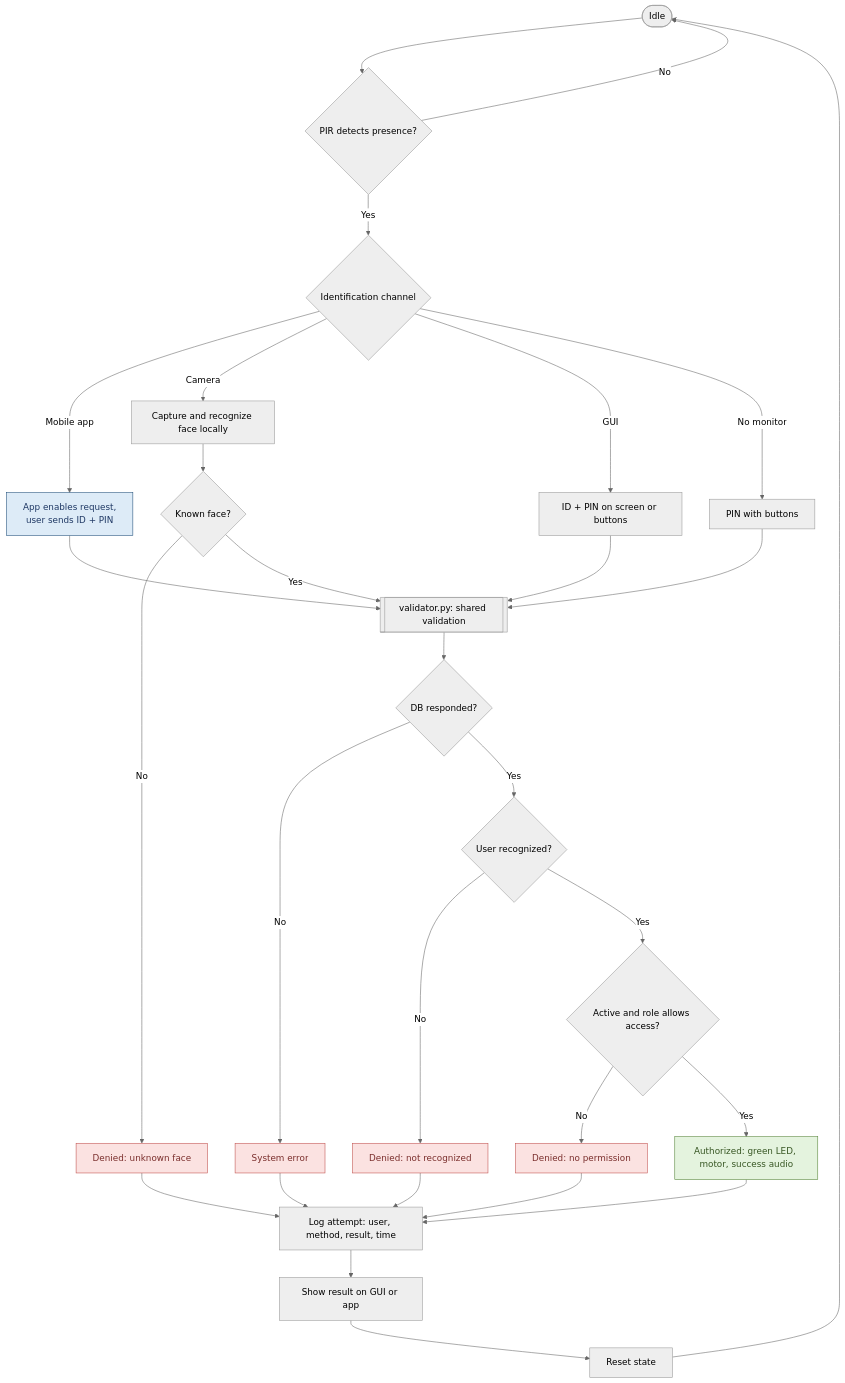
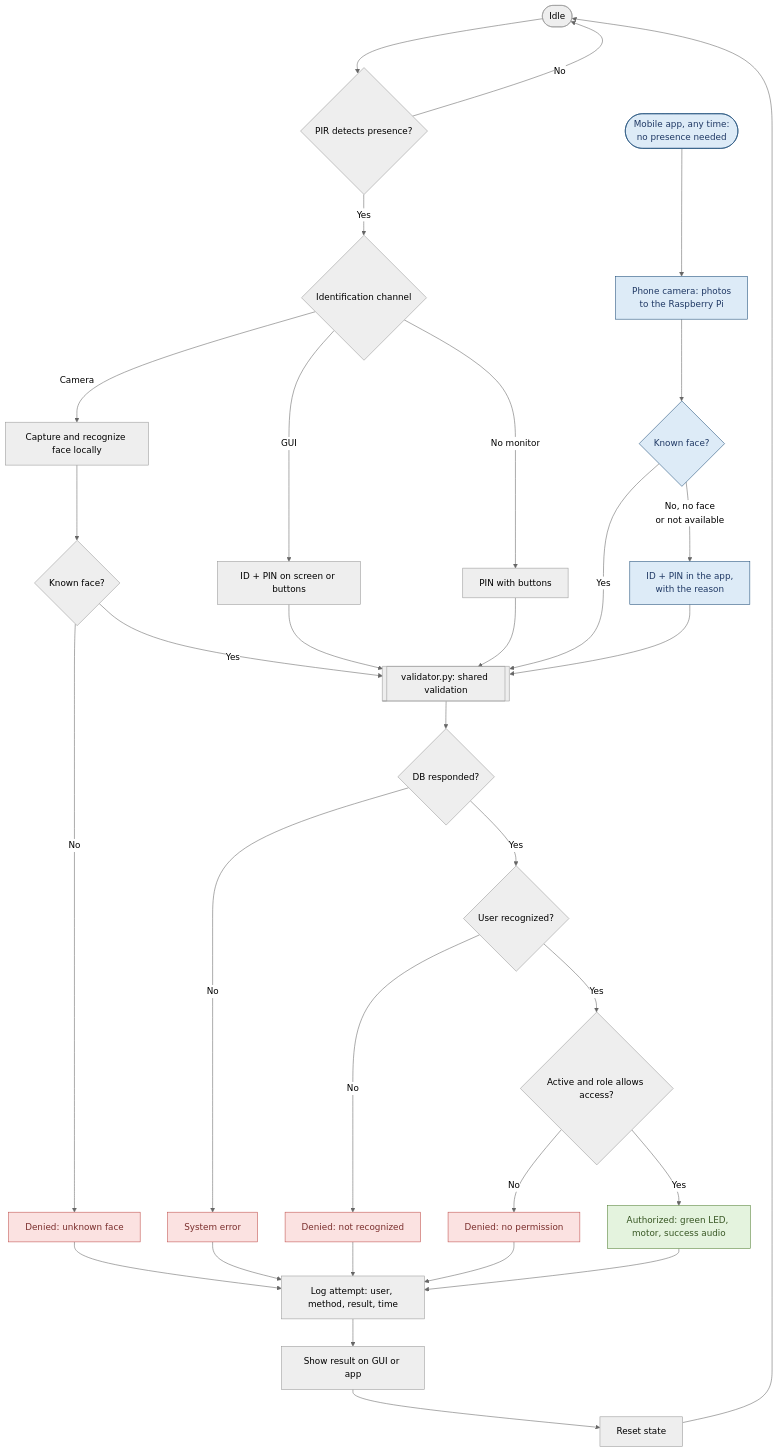
Before and after one commit to MrGodie/ControlAccesoRPI: the diagram in docs/flow.md, drawn with Mermaid (neutral theme). The commit also changed 12 other files, not shown here.

````diff
--- a/docs/flow.md
+++ b/docs/flow.md
@@ -1,37 +1,41 @@
 ```mermaid
 flowchart TD
     A([Idle]) --> B{PIR detects presence?}
     B -- No --> A
     B -- Yes --> C{Identification channel}
 
-    C -- Mobile app --> M[App enables request,<br/>user sends ID + PIN]
     C -- Camera --> F[Capture and recognize face locally]
     C -- GUI --> G[ID + PIN on screen or buttons]
     C -- No monitor --> K[PIN with buttons]
 
     F --> FK{Known face?}
     FK -- No --> R4[Denied: unknown face]
     FK -- Yes --> V
+
+    APP([Mobile app, any time:<br/>no presence needed]) --> AF[Phone camera: photos<br/>to the Raspberry Pi]
+    AF --> AFK{Known face?}
+    AFK -- Yes --> V
+    AFK -- No, no face<br/>or not available --> M[ID + PIN in the app,<br/>with the reason]
     M --> V
     G --> V
     K --> V
 
     V[[validator.py: shared validation]] --> N{DB responded?}
     N -- No --> R5[System error]
     N -- Yes --> UR{User recognized?}
     UR -- No --> R3[Denied: not recognized]
     UR -- Yes --> P{Active and role allows access?}
     P -- No --> R2[Denied: no permission]
     P -- Yes --> R1[Authorized: green LED, motor, success audio]
 
     R1 & R2 & R3 & R4 & R5 --> LOG[Log attempt: user, method, result, time]
     LOG --> OUT[Show result on GUI or app]
     OUT --> RST[Reset state] --> A
 
     classDef ok fill:#E4F3DE,stroke:#548235,color:#375623;
     classDef bad fill:#FBE2E1,stroke:#C0504D,color:#7A2E2C;
     classDef app fill:#DDEBF7,stroke:#1F4E79,color:#1F3864;
     class R1 ok;
     class R2,R3,R4,R5 bad;
-    class M app;
+    class APP,AF,AFK,M app;
 ```
````
